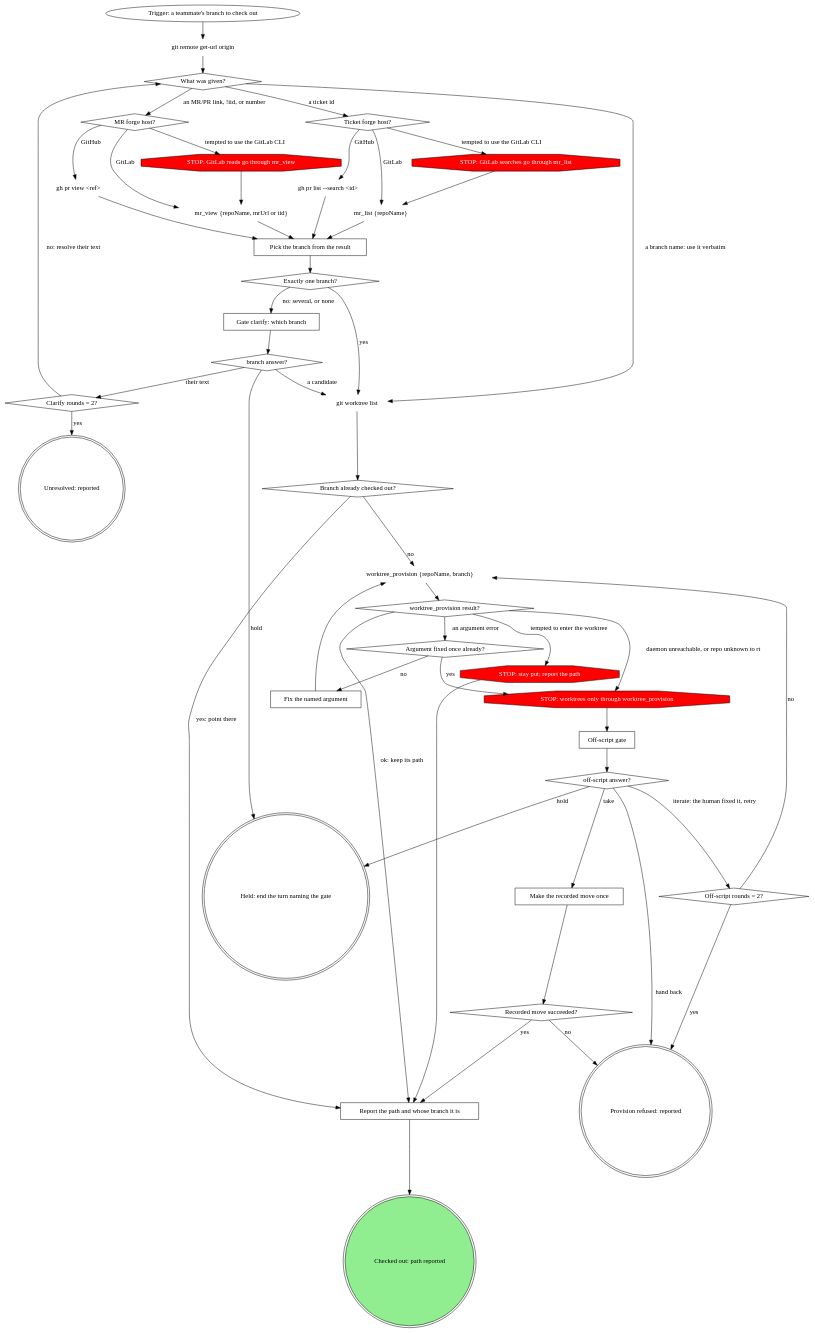
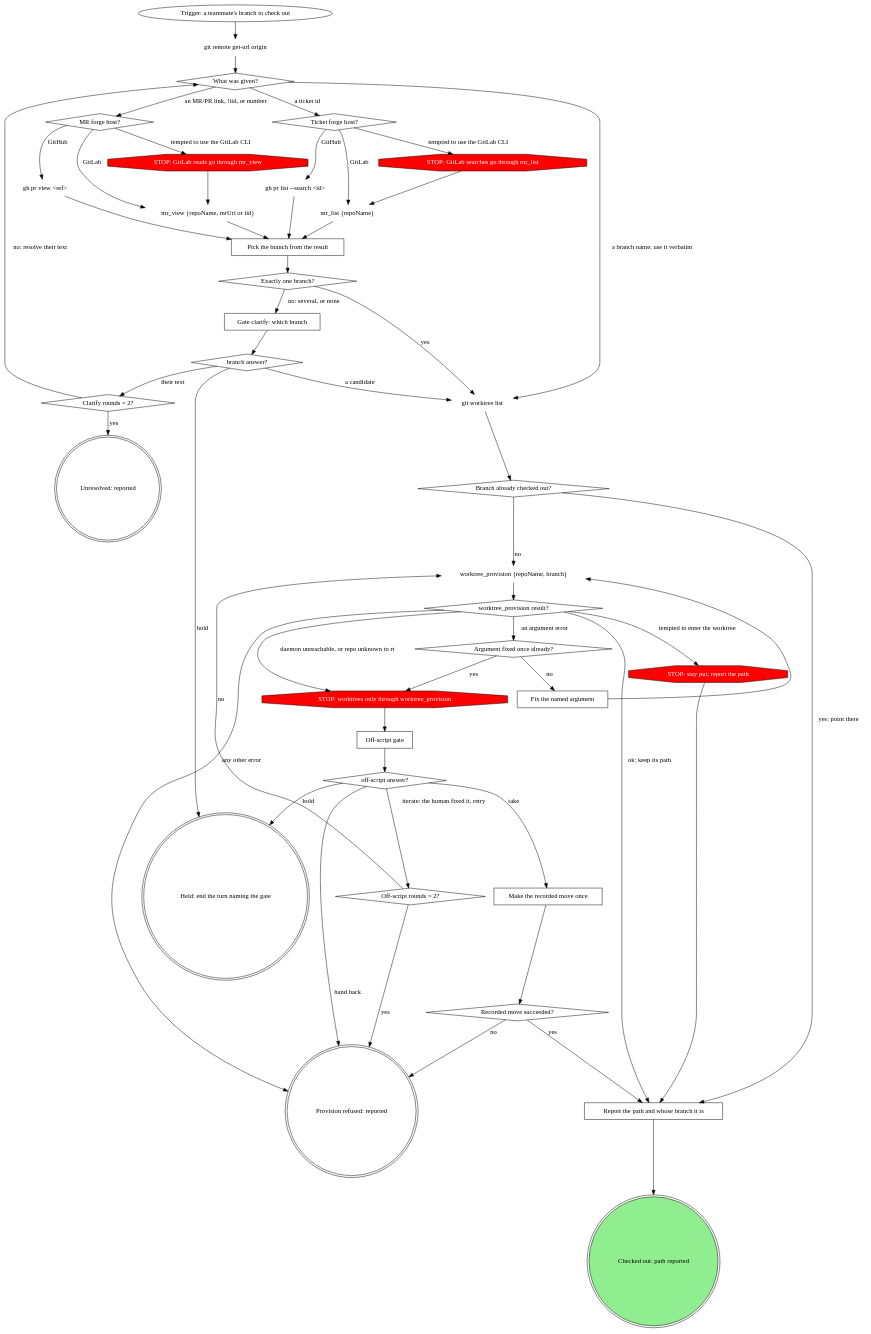
Before and after one commit to m4ttstack/skills: the first of 2 diagrams in attachments/forge/checkout/SKILL.md, drawn with Graphviz. The commit also changed other lines of this file, not shown here.

Commit message:
checkout: catch-all provision error, Take must produce the path

```diff
--- a/attachments/forge/checkout/SKILL.md
+++ b/attachments/forge/checkout/SKILL.md
@@ -89,6 +89,7 @@
     "worktree_provision result?" -> "Argument fixed once already?" [label="an argument error"];
     "worktree_provision result?" -> "STOP: worktrees only through worktree_provision" [label="daemon unreachable, or repo unknown to rt"];
     "worktree_provision result?" -> "STOP: stay put; report the path" [label="tempted to enter the worktree"];
+    "worktree_provision result?" -> "Provision refused: reported" [label="any other error"];
     "STOP: stay put; report the path" -> "Report the path and whose branch it is";
     "Argument fixed once already?" -> "Fix the named argument" [label="no"];
     "Argument fixed once already?" -> "STOP: worktrees only through worktree_provision" [label="yes"];
```
